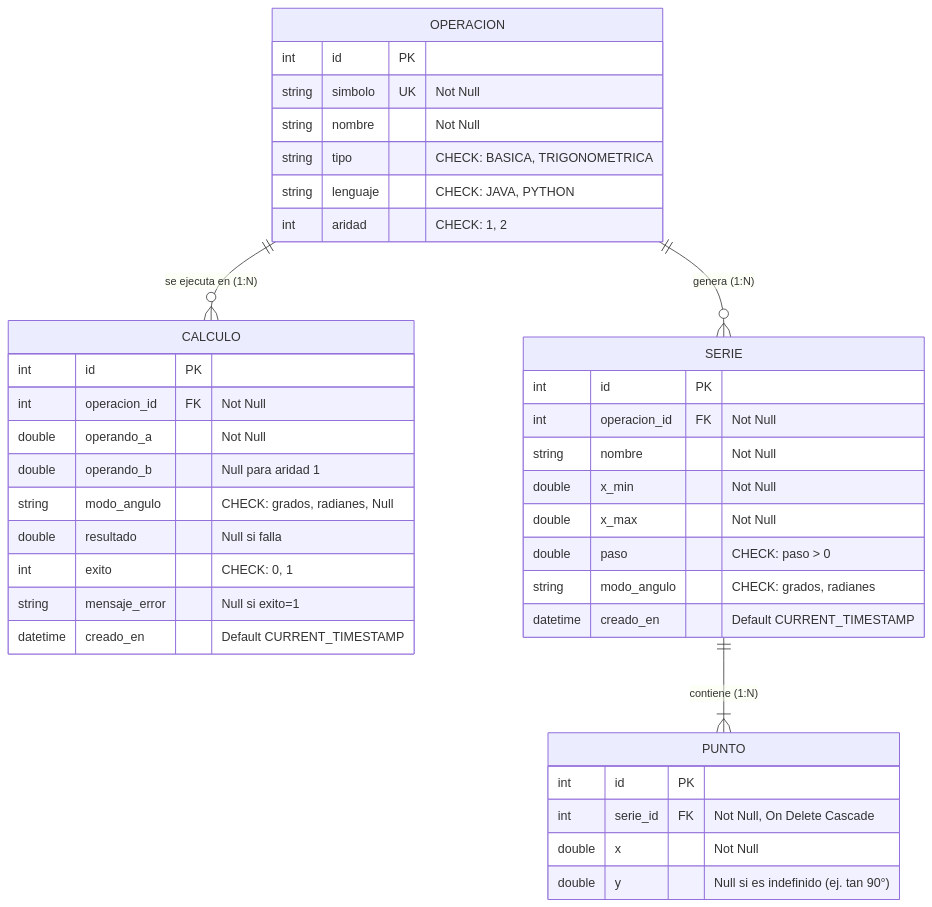
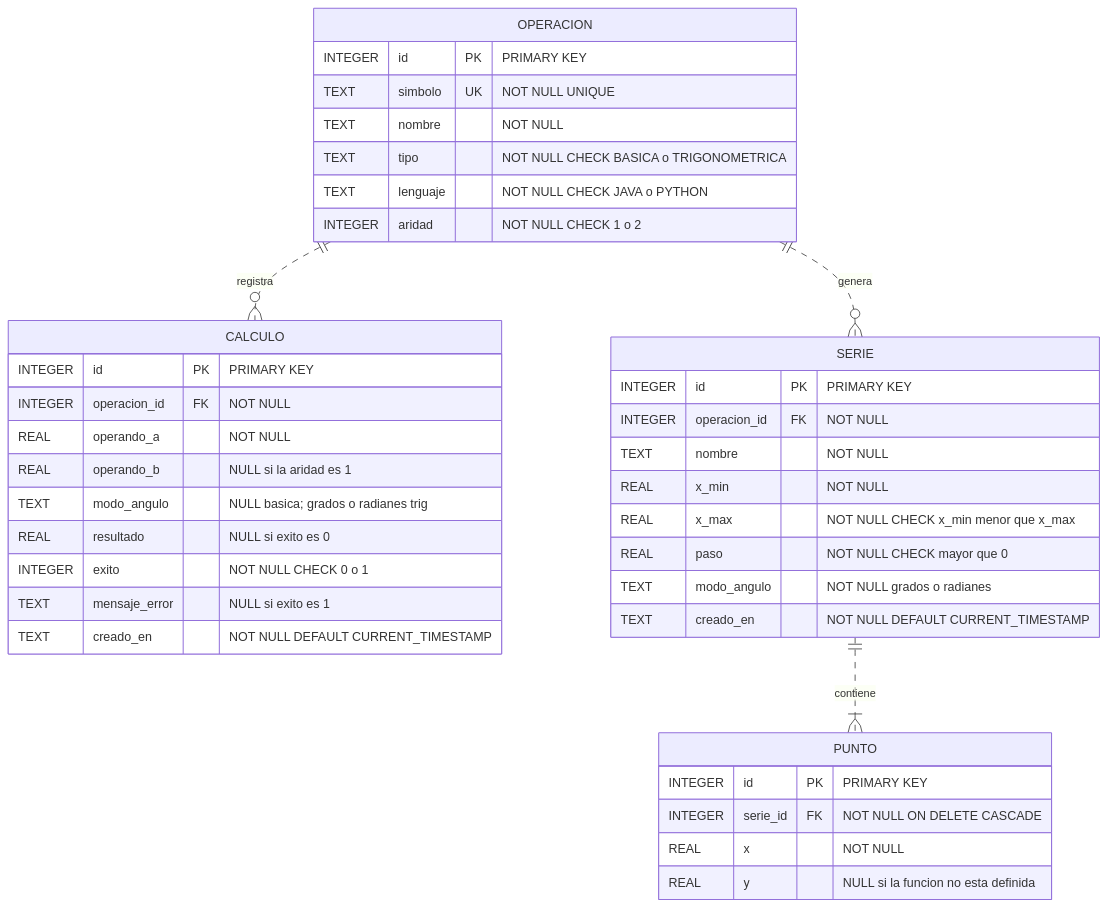
The diagram in Diagrama/03_Diagrama_Entidad_Relacion.md (Sorato-dot/Proyecto_Trigonometrico), drawn with Mermaid before and after one commit.

Commit message:
Refinar modelo ER y restricciones de integridad para Hito 1

````diff
--- a/Diagrama/03_Diagrama_Entidad_Relacion.md
+++ b/Diagrama/03_Diagrama_Entidad_Relacion.md
@@ -8,45 +8,58 @@
 ```mermaid
 erDiagram
-    OPERACION ||--o{ CALCULO : "se ejecuta en (1:N)"
-    OPERACION ||--o{ SERIE : "genera (1:N)"
-    SERIE ||--|{ PUNTO : "contiene (1:N)"
+    %% Relaciones uno a muchos. Cada entidad hija tiene su propio id como PK.
+    %% Por eso las relaciones son no identificadoras (linea discontinua).
+    OPERACION ||..o{ CALCULO : registra
+    OPERACION ||..o{ SERIE : genera
+    SERIE ||..|{ PUNTO : contiene
 
     OPERACION {
-        int id PK
-        string simbolo UK "Not Null"
-        string nombre "Not Null"
-        string tipo "CHECK: BASICA, TRIGONOMETRICA"
-        string lenguaje "CHECK: JAVA, PYTHON"
-        int aridad "CHECK: 1, 2"
+        INTEGER id PK "PRIMARY KEY"
+        TEXT simbolo UK "NOT NULL UNIQUE"
+        TEXT nombre "NOT NULL"
+        TEXT tipo "NOT NULL CHECK BASICA o TRIGONOMETRICA"
+        TEXT lenguaje "NOT NULL CHECK JAVA o PYTHON"
+        INTEGER aridad "NOT NULL CHECK 1 o 2"
     }
 
     CALCULO {
-        int id PK
-        int operacion_id FK "Not Null"
-        double operando_a "Not Null"
-        double operando_b "Null para aridad 1"
-        string modo_angulo "CHECK: grados, radianes, Null"
-        double resultado "Null si falla"
-        int exito "CHECK: 0, 1"
-        string mensaje_error "Null si exito=1"
-        datetime creado_en "Default CURRENT_TIMESTAMP"
+        INTEGER id PK "PRIMARY KEY"
+        INTEGER operacion_id FK "NOT NULL"
+        REAL operando_a "NOT NULL"
+        REAL operando_b "NULL si la aridad es 1"
+        TEXT modo_angulo "NULL basica; grados o radianes trig"
+        REAL resultado "NULL si exito es 0"
+        INTEGER exito "NOT NULL CHECK 0 o 1"
+        TEXT mensaje_error "NULL si exito es 1"
+        TEXT creado_en "NOT NULL DEFAULT CURRENT_TIMESTAMP"
     }
 
     SERIE {
-        int id PK
-        int operacion_id FK "Not Null"
-        string nombre "Not Null"
-        double x_min "Not Null"
-        double x_max "Not Null"
-        double paso "CHECK: paso > 0"
-        string modo_angulo "CHECK: grados, radianes"
-        datetime creado_en "Default CURRENT_TIMESTAMP"
+        INTEGER id PK "PRIMARY KEY"
+        INTEGER operacion_id FK "NOT NULL"
+        TEXT nombre "NOT NULL"
+        REAL x_min "NOT NULL"
+        REAL x_max "NOT NULL CHECK x_min menor que x_max"
+        REAL paso "NOT NULL CHECK mayor que 0"
+        TEXT modo_angulo "NOT NULL grados o radianes"
+        TEXT creado_en "NOT NULL DEFAULT CURRENT_TIMESTAMP"
     }
 
     PUNTO {
-        int id PK
-        int serie_id FK "Not Null, On Delete Cascade"
-        double x "Not Null"
-        double y "Null si es indefinido (ej. tan 90°)"
+        INTEGER id PK "PRIMARY KEY"
+        INTEGER serie_id FK "NOT NULL ON DELETE CASCADE"
+        REAL x "NOT NULL"
+        REAL y "NULL si la funcion no esta definida"
     }
+
+    %% Reglas adicionales a implementar en create_schema.sql:
+    %% 1) CHECK combinado: tipo BASICA usa JAVA; TRIGONOMETRICA usa PYTHON.
+    %% 2) CHECK combinado: exito=1 exige resultado NOT NULL y mensaje_error NULL.
+    %%    exito=0 exige resultado NULL y mensaje_error NOT NULL.
+    %% 3) CHECK: x_min < x_max, paso > 0 y modo_angulo valido.
+    %% 4) FOREIGN KEY: operacion_id y serie_id deben existir.
+    %% 5) Aridad y modo de CALCULO dependen de OPERACION:
+    %%    se validaran en la aplicacion o con triggers de SQLite.
+    %% 6) Al menos un PUNTO por SERIE se asegura al generar
+    %%    y guardar la serie completa dentro de una transaccion.
 ```
````
